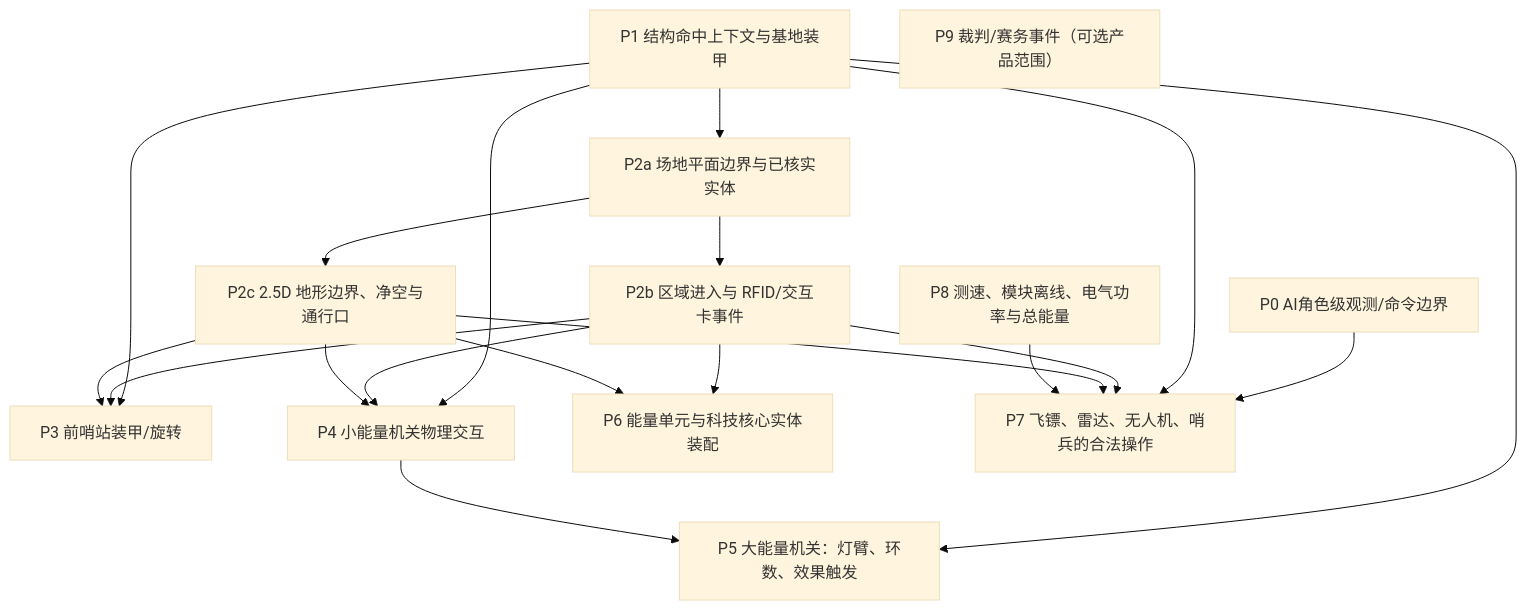
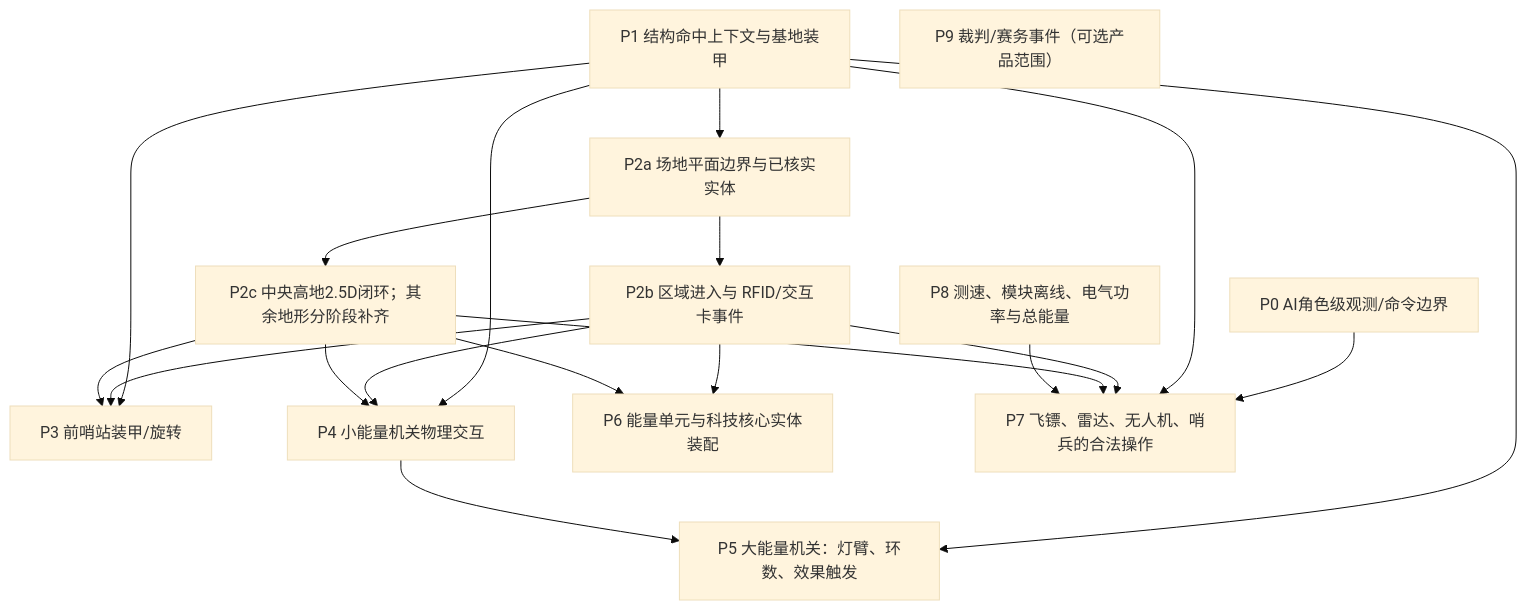
The diagram in docs/rules/rmuc-2026-v1.4.0-coverage.md (Tyr1onX/tarsgo-simulator), drawn with Mermaid (base theme) before and after one commit. The commit also changed other lines of this file and 16 other files, not shown here.

````diff
--- a/docs/rules/rmuc-2026-v1.4.0-coverage.md
+++ b/docs/rules/rmuc-2026-v1.4.0-coverage.md
@@ -110,22 +110,22 @@
 ```mermaid
 flowchart TD
   P1["P1 结构命中上下文与基地装甲"] --> P2a["P2a 场地平面边界与已核实实体"]
   P2a --> P2b["P2b 区域进入与 RFID/交互卡事件"]
-  P2a --> P2c["P2c 2.5D 地形边界、净空与通行口"]
+  P2a --> P2c["P2c 中央高地2.5D闭环；其余地形分阶段补齐"]
   P1 --> P3["P3 前哨站装甲/旋转"]
   P1 --> P4["P4 小能量机关物理交互"]
   P2b --> P3
   P2c --> P3
   P2b --> P4
   P2c --> P4
   P1 --> P5["P5 大能量机关：灯臂、环数、效果触发"]
   P4 --> P5
   P2b --> P6["P6 能量单元与科技核心实体装配"]
   P2c --> P6
   P0["P0 AI角色级观测/命令边界"] --> P7["P7 飞镖、雷达、无人机、哨兵的合法操作"]
   P1 --> P7
   P2b --> P7
   P2c --> P7
   P8["P8 测速、模块离线、电气功率与总能量"] --> P7
   P9["P9 裁判/赛务事件（可选产品范围）"]
 ```
````
